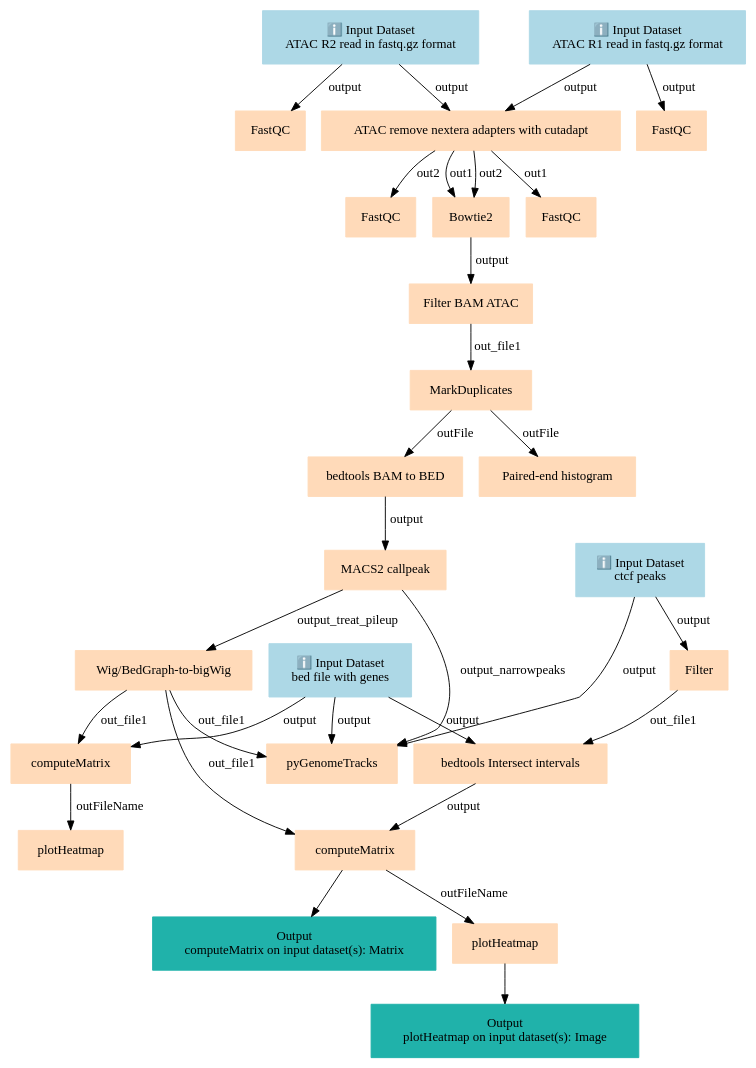
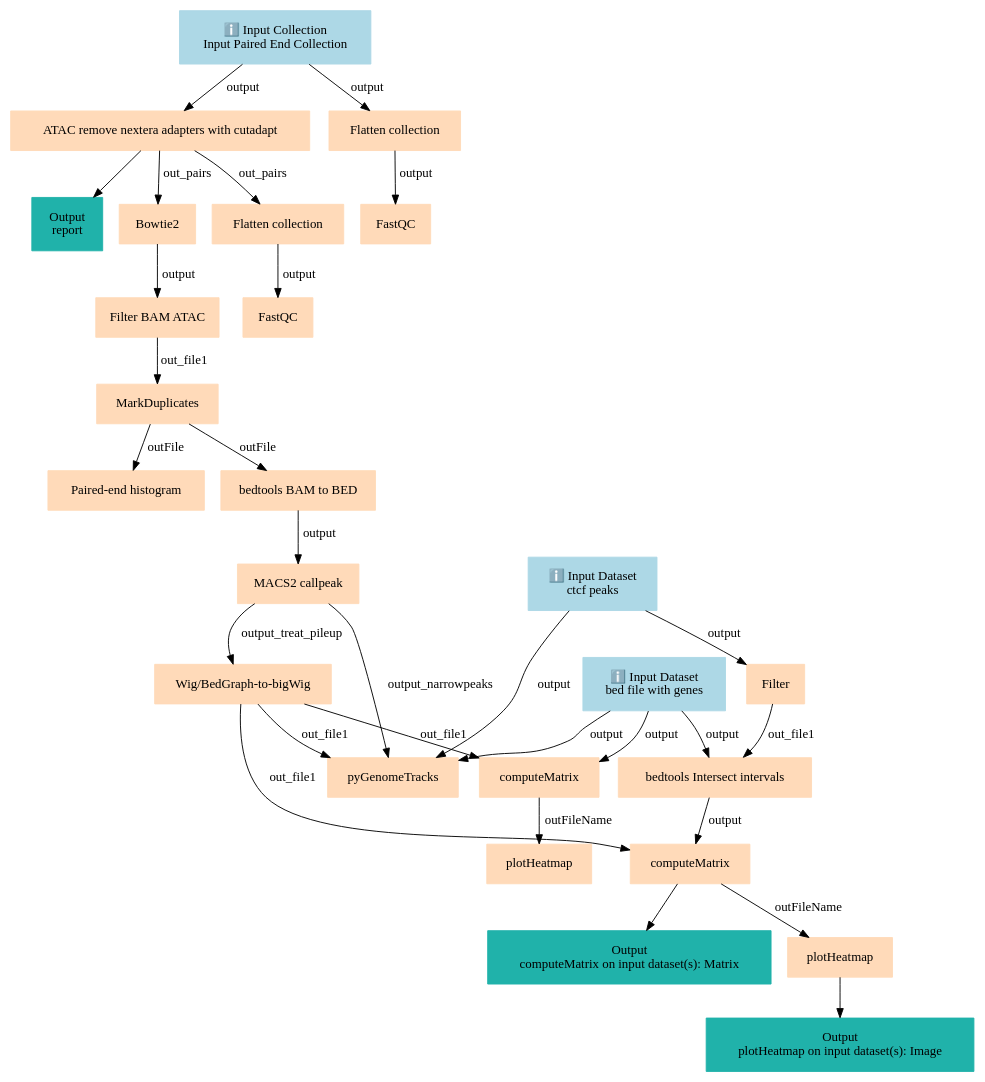
One commit to galaxyproject/training-material changed the diagram in api/workflows/epigenetics/atac-seq/main-workflow/graph.dot. Above: the diagram before and after it, drawn with Graphviz. The commit also changed 10110 other files, not shown here.

```diff
--- a/api/workflows/epigenetics/atac-seq/main-workflow/graph.dot
+++ b/api/workflows/epigenetics/atac-seq/main-workflow/graph.dot
@@ -1,58 +1,57 @@
 digraph main {
   node [fontname="Atkinson Hyperlegible", shape=box, color=white,style=filled,color=peachpuff,margin="0.2,0.2"];
   edge [fontname="Atkinson Hyperlegible"];
-  0[color=lightblue,label="ℹ️ Input Dataset\nbed file with genes"]
+  0[color=lightblue,label="ℹ️ Input Collection\nInput Paired End Collection"]
   1[color=lightblue,label="ℹ️ Input Dataset\nctcf peaks"]
-  2[color=lightblue,label="ℹ️ Input Dataset\nATAC R2 read in fastq.gz format"]
-  3[color=lightblue,label="ℹ️ Input Dataset\nATAC R1 read in fastq.gz format"]
-  4[label="Filter"]
-  1 -> 4 [label="output"]
-  5[label="FastQC"]
-  2 -> 5 [label="output"]
-  6[label="ATAC remove nextera adapters with cutadapt"]
-  3 -> 6 [label="output"]
-  2 -> 6 [label="output"]
-  7[label="FastQC"]
-  3 -> 7 [label="output"]
-  8[label="bedtools Intersect intervals"]
-  4 -> 8 [label="out_file1"]
-  0 -> 8 [label="output"]
-  9[label="FastQC"]
-  6 -> 9 [label="out2"]
-  10[label="Bowtie2"]
-  6 -> 10 [label="out1"]
-  6 -> 10 [label="out2"]
+  2[color=lightblue,label="ℹ️ Input Dataset\nbed file with genes"]
+  3[label="ATAC remove nextera adapters with cutadapt"]
+  0 -> 3 [label="output"]
+  kd197ec941dec41f4b70f7b350a07bdf7[color=lightseagreen,label="Output\nreport"]
+  3 -> kd197ec941dec41f4b70f7b350a07bdf7
+  4[label="Flatten collection"]
+  0 -> 4 [label="output"]
+  5[label="Filter"]
+  1 -> 5 [label="output"]
+  6[label="Bowtie2"]
+  3 -> 6 [label="out_pairs"]
+  7[label="Flatten collection"]
+  3 -> 7 [label="out_pairs"]
+  8[label="FastQC"]
+  4 -> 8 [label="output"]
+  9[label="bedtools Intersect intervals"]
+  5 -> 9 [label="out_file1"]
+  2 -> 9 [label="output"]
+  10[label="Filter BAM ATAC"]
+  6 -> 10 [label="output"]
   11[label="FastQC"]
-  6 -> 11 [label="out1"]
-  12[label="Filter BAM ATAC"]
-  10 -> 12 [label="output"]
-  13[label="MarkDuplicates"]
-  12 -> 13 [label="out_file1"]
+  7 -> 11 [label="output"]
+  12[label="MarkDuplicates"]
+  10 -> 12 [label="out_file1"]
+  13[label="Paired-end histogram"]
+  12 -> 13 [label="outFile"]
   14[label="bedtools BAM to BED"]
-  13 -> 14 [label="outFile"]
-  15[label="Paired-end histogram"]
-  13 -> 15 [label="outFile"]
-  16[label="MACS2 callpeak"]
-  14 -> 16 [label="output"]
-  17[label="Wig/BedGraph-to-bigWig"]
-  16 -> 17 [label="output_treat_pileup"]
+  12 -> 14 [label="outFile"]
+  15[label="MACS2 callpeak"]
+  14 -> 15 [label="output"]
+  16[label="Wig/BedGraph-to-bigWig"]
+  15 -> 16 [label="output_treat_pileup"]
+  17[label="pyGenomeTracks"]
+  16 -> 17 [label="out_file1"]
+  15 -> 17 [label="output_narrowpeaks"]
+  2 -> 17 [label="output"]
+  1 -> 17 [label="output"]
   18[label="computeMatrix"]
-  17 -> 18 [label="out_file1"]
-  0 -> 18 [label="output"]
-  19[label="pyGenomeTracks"]
-  17 -> 19 [label="out_file1"]
-  16 -> 19 [label="output_narrowpeaks"]
-  0 -> 19 [label="output"]
-  1 -> 19 [label="output"]
-  20[label="computeMatrix"]
-  17 -> 20 [label="out_file1"]
-  8 -> 20 [label="output"]
-  k65159c9c050b406987048f66c0563a98[color=lightseagreen,label="Output\ncomputeMatrix on input dataset(s): Matrix"]
-  20 -> k65159c9c050b406987048f66c0563a98
+  16 -> 18 [label="out_file1"]
+  2 -> 18 [label="output"]
+  19[label="computeMatrix"]
+  16 -> 19 [label="out_file1"]
+  9 -> 19 [label="output"]
+  k78114e874bae456db32b3e0eed141052[color=lightseagreen,label="Output\ncomputeMatrix on input dataset(s): Matrix"]
+  19 -> k78114e874bae456db32b3e0eed141052
+  20[label="plotHeatmap"]
+  18 -> 20 [label="outFileName"]
   21[label="plotHeatmap"]
-  18 -> 21 [label="outFileName"]
-  22[label="plotHeatmap"]
-  20 -> 22 [label="outFileName"]
-  k74a36643b88f43788f9cc1b20ee2651e[color=lightseagreen,label="Output\nplotHeatmap on input dataset(s): Image"]
-  22 -> k74a36643b88f43788f9cc1b20ee2651e
+  19 -> 21 [label="outFileName"]
+  k67a173a42d7943e7b3fcc250022a5c0a[color=lightseagreen,label="Output\nplotHeatmap on input dataset(s): Image"]
+  21 -> k67a173a42d7943e7b3fcc250022a5c0a
 }
```
